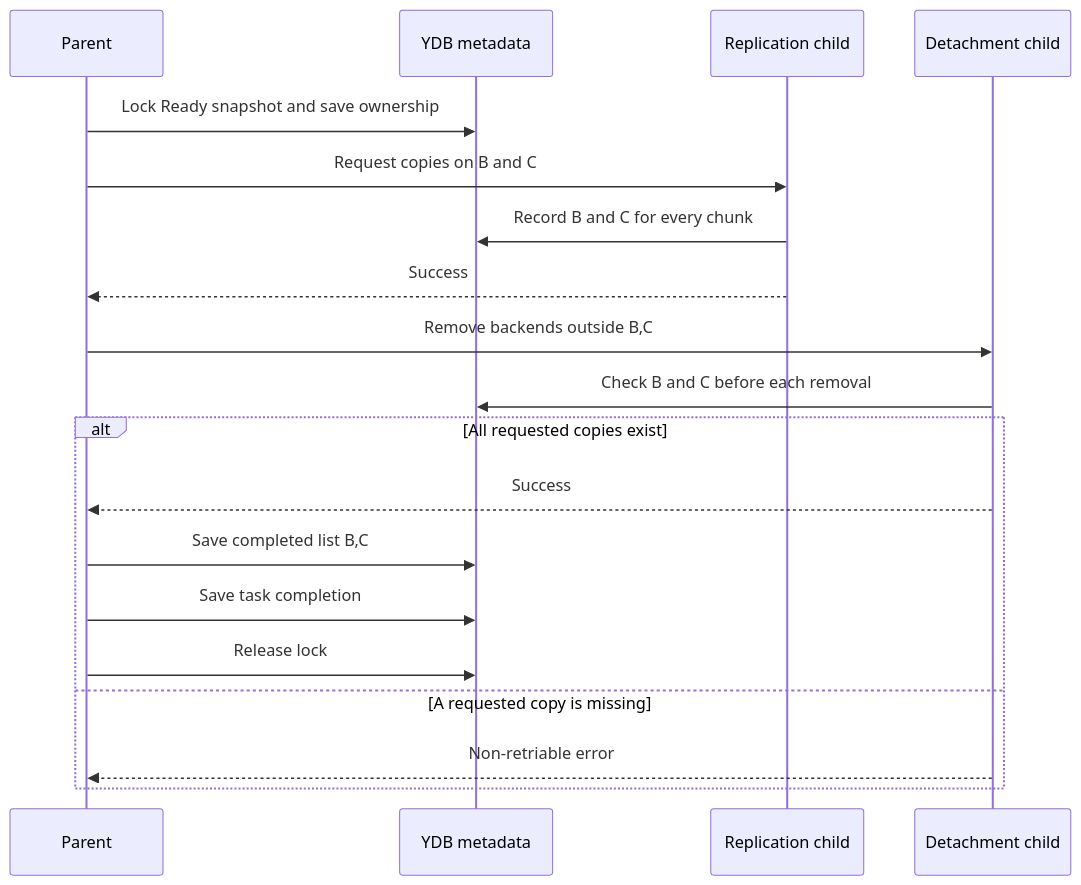
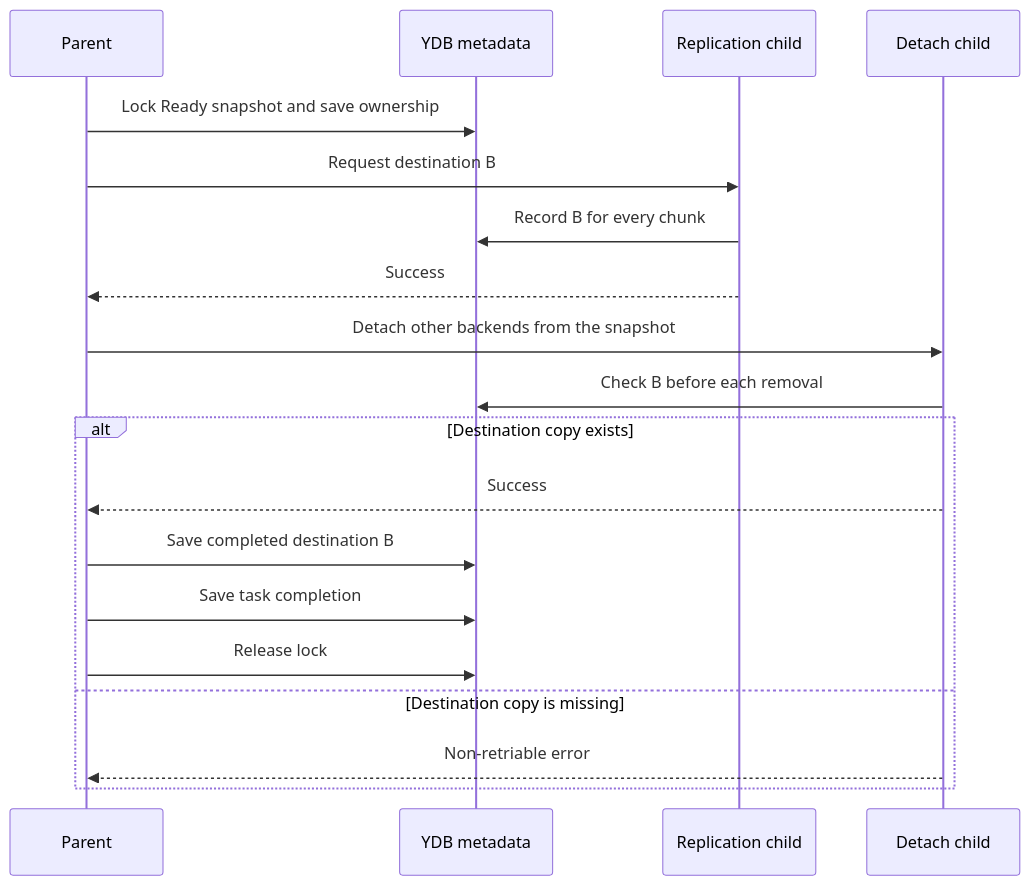
The eighth of 10 diagrams in doc/disk_manager/chunk_storage/design_doc.md (ydb-platform/nbs), drawn with Mermaid before and after one commit. The commit also changed other lines of this file, not shown here.

````diff
--- a/doc/disk_manager/chunk_storage/design_doc.md
+++ b/doc/disk_manager/chunk_storage/design_doc.md
@@ -317,21 +321,21 @@
 ```mermaid
 sequenceDiagram
     participant Parent
     participant DB as YDB metadata
     participant Copy as Replication child
-    participant Detach as Detachment child
+    participant Detach as Detach child
     Parent->>DB: Lock Ready snapshot and save ownership
-    Parent->>Copy: Request copies on B and C
-    Copy->>DB: Record B and C for every chunk
+    Parent->>Copy: Request destination B
+    Copy->>DB: Record B for every chunk
     Copy-->>Parent: Success
-    Parent->>Detach: Remove backends outside B,C
-    Detach->>DB: Check B and C before each removal
-    alt All requested copies exist
+    Parent->>Detach: Detach other backends from the snapshot
+    Detach->>DB: Check B before each removal
+    alt Destination copy exists
         Detach-->>Parent: Success
-        Parent->>DB: Save completed list B,C
+        Parent->>DB: Save completed destination B
         Parent->>DB: Save task completion
         Parent->>DB: Release lock
-    else A requested copy is missing
+    else Destination copy is missing
         Detach-->>Parent: Non-retriable error
     end
 ```
````
